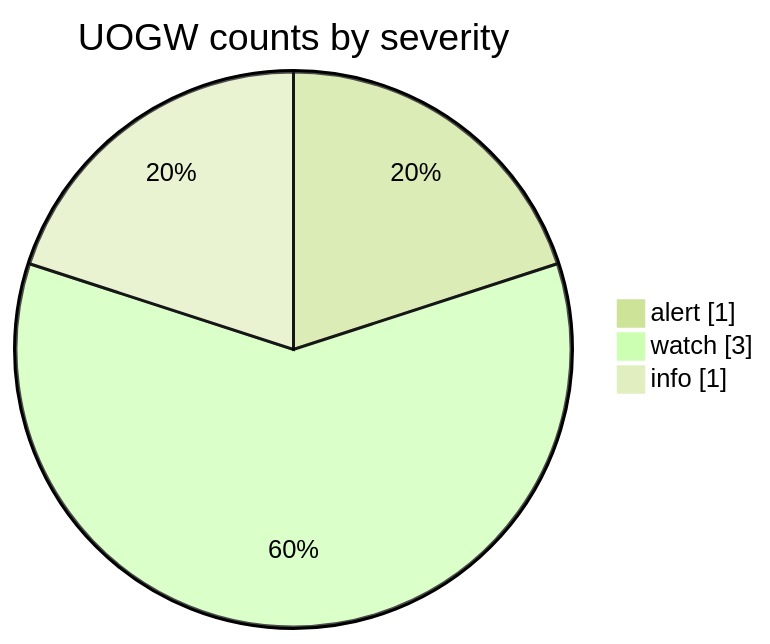
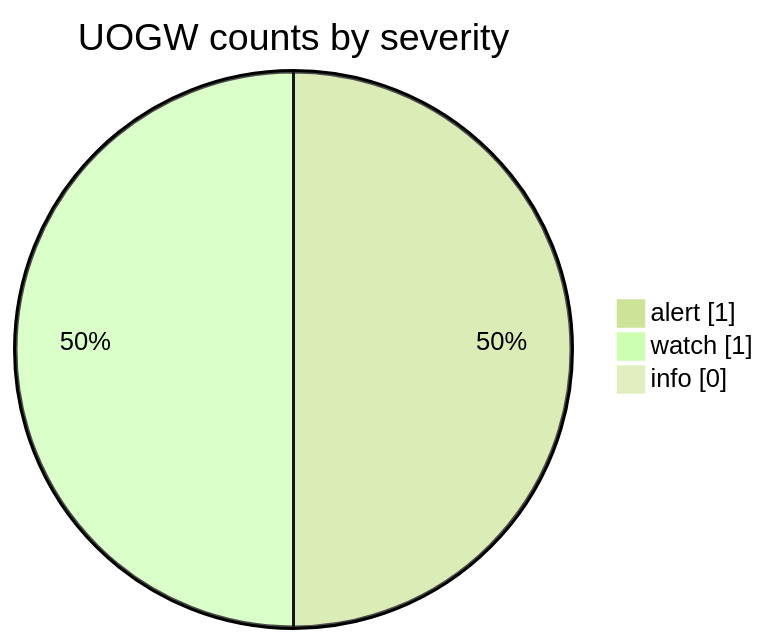
One commit to Midwest-Stratospheric/aerostratospheric-defense-gir changed the fourth of 6 diagrams in docs/GRAPHS.md. Above: the diagram before and after it, drawn with Mermaid (forest theme). The commit also changed other lines of this file and 27 other files, not shown here.

````diff
--- a/docs/GRAPHS.md
+++ b/docs/GRAPHS.md
@@ -66,7 +66,7 @@
 ```mermaid
 pie showData
   title UOGW counts by severity
   "alert" : 1
-  "watch" : 3
-  "info" : 1
+  "watch" : 1
+  "info" : 0
 ```
````
